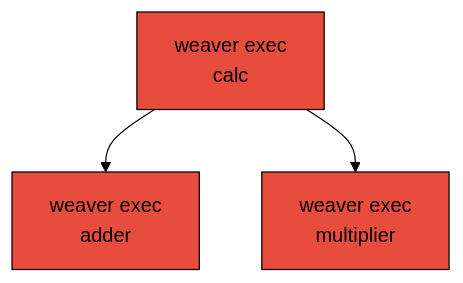
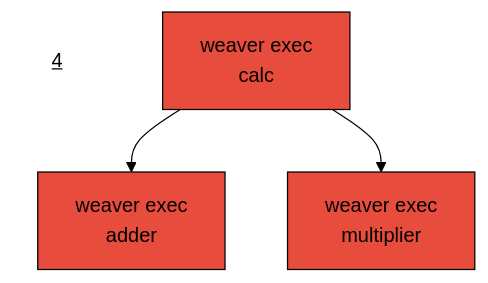
Before and after one commit to mwhittaker/calculator: the fifth of 6 diagrams in README.md, drawn with Mermaid (forest theme). The commit also changed other lines of this file and 8 other files, not shown here.

````diff
--- a/README.md
+++ b/README.md
@@ -24,8 +40,10 @@
 ```mermaid
 flowchart TD
+    title[<u>4</u>]
+    style title fill:#FFF,stroke:#FFF
     calc[weaver exec\ncalc] --> adder[weaver exec\nadder]
     calc --> multiplier[weaver exec\nmultiplier]
     style calc fill:#e74c3c,stroke:black
     style adder fill:#e74c3c,stroke:black
     style multiplier fill:#e74c3c,stroke:black
 ```
````
